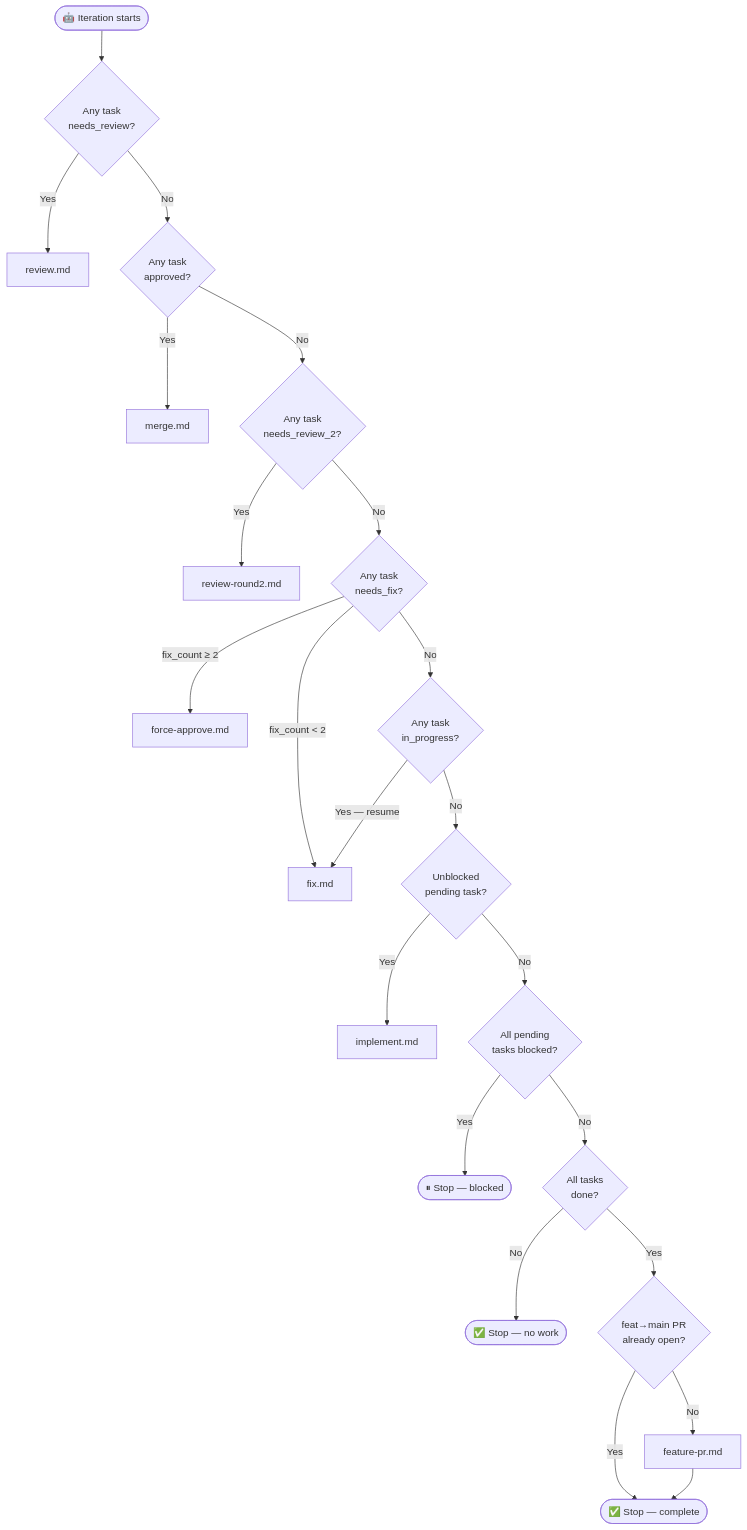
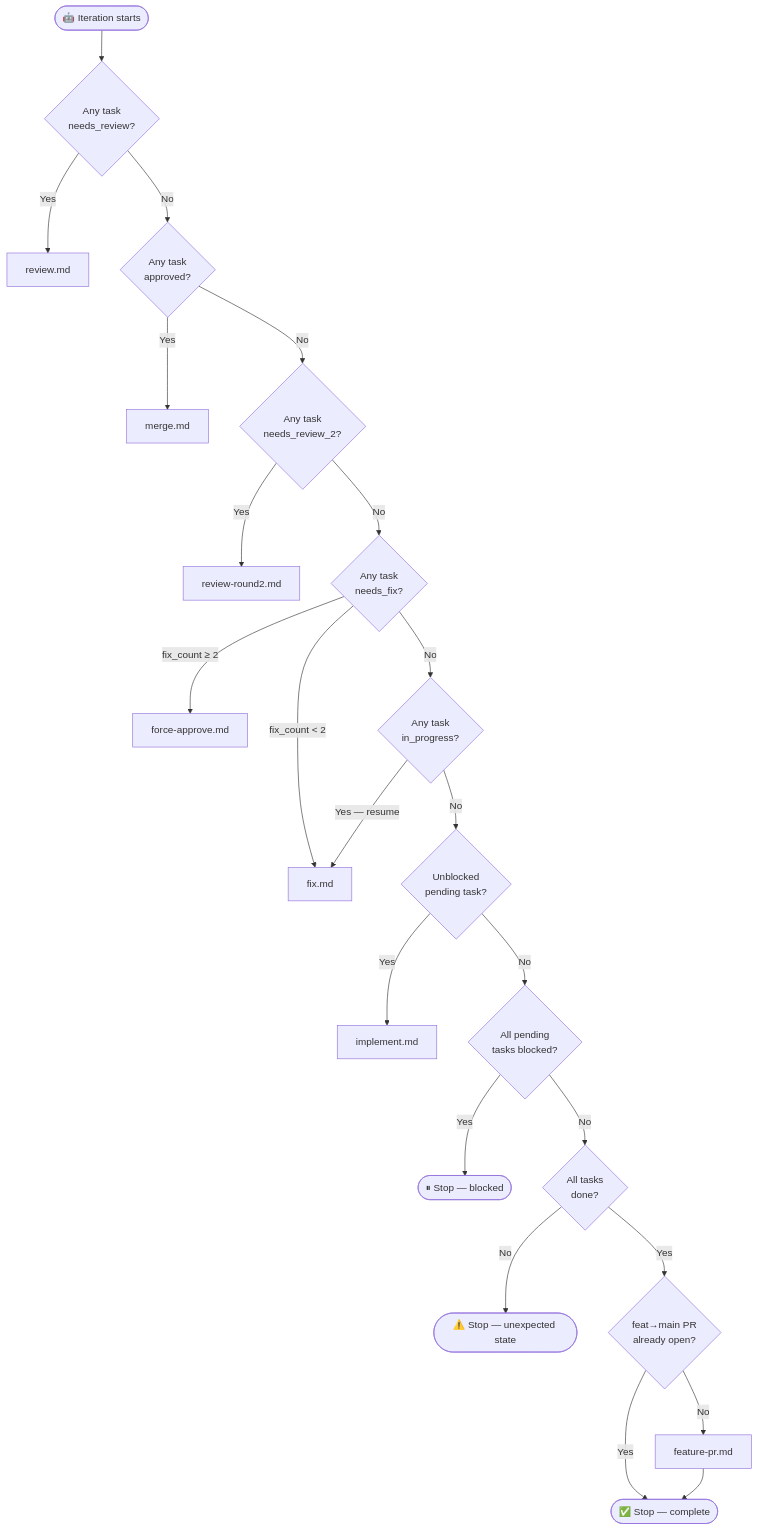
Before and after one commit to ajrussellaudio/ralph: the first of 2 diagrams in docs/routing.md, drawn with Mermaid.

Commit message:
docs: fix misleading fallback label in routing flowchart

````diff
--- a/docs/routing.md
+++ b/docs/routing.md
@@ -7,33 +7,33 @@
 ```mermaid
 flowchart TD
     START([🤖 Iteration starts]) --> R1{Any task\nneeds_review?}
 
     R1 -->|Yes| REVIEW[review.md]
     R1 -->|No| R2{Any task\napproved?}
 
     R2 -->|Yes| MERGE[merge.md]
     R2 -->|No| R3{Any task\nneeds_review_2?}
 
     R3 -->|Yes| REVIEW2[review-round2.md]
     R3 -->|No| R4{Any task\nneeds_fix?}
 
     R4 -->|fix_count ≥ 2| FORCE[force-approve.md]
     R4 -->|fix_count < 2| FIX[fix.md]
     R4 -->|No| R5{Any task\nin_progress?}
 
     R5 -->|Yes — resume| FIX
     R5 -->|No| R6{Unblocked\npending task?}
 
     R6 -->|Yes| IMPL[implement.md]
     R6 -->|No| R7{All pending\ntasks blocked?}
 
     R7 -->|Yes| BLOCKED([⏸ Stop — blocked])
     R7 -->|No| R8{All tasks\ndone?}
 
-    R8 -->|No| FALLBACK([✅ Stop — no work])
+    R8 -->|No| FALLBACK([⚠️ Stop — unexpected state])
     R8 -->|Yes| R9{feat→main PR\nalready open?}
 
     R9 -->|No| FPR[feature-pr.md]
     R9 -->|Yes| COMPLETE([✅ Stop — complete])
     FPR --> COMPLETE
 ```
````
